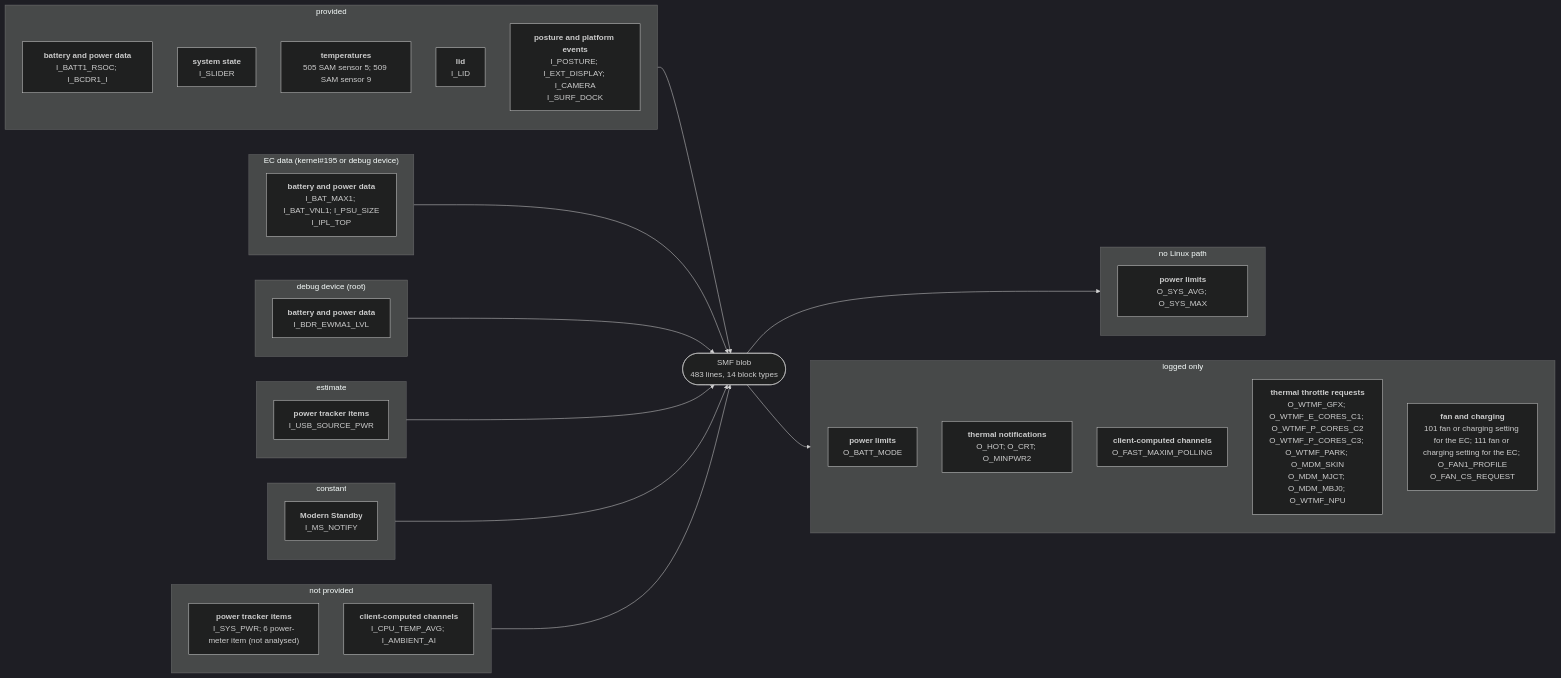
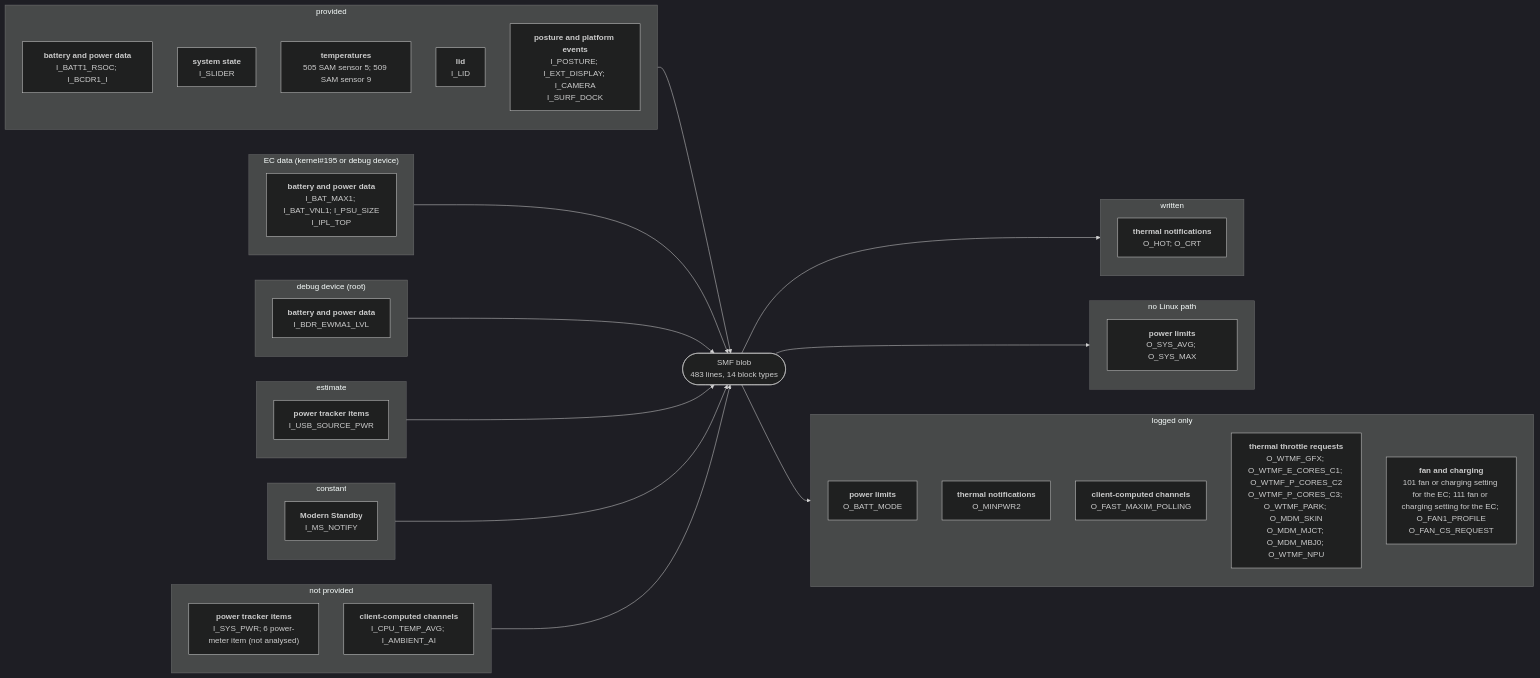
The diagram in docs/devices/surface-pro-11-snapdragon.md (larsschellhas/linux-surface-power), drawn with Mermaid (dark theme) before and after one commit. The commit also changed other lines of this file and 53 other files, not shown here.

First line of the commit message:
Write PL3, PL4 and the thermal-policy requests; control only with every output written

````diff
--- a/docs/devices/surface-pro-11-snapdragon.md
+++ b/docs/devices/surface-pro-11-snapdragon.md
@@ -22,45 +22,49 @@
 ```mermaid
 flowchart LR
     subgraph IN0["provided"]
         I0_28B7BD85["<b>battery and power data</b><br/>I_BATT1_RSOC; I_BCDR1_I"]
         I0_2DD6960F["<b>system state</b><br/>I_SLIDER"]
         I0_2E8B14C2["<b>temperatures</b><br/>505 SAM sensor 5; 509 SAM sensor 9"]
         I0_5D0EE597["<b>lid</b><br/>I_LID"]
         I0_8060B17F["<b>posture and platform events</b><br/>I_POSTURE; I_EXT_DISPLAY; I_CAMERA<br/>I_SURF_DOCK"]
     end
     IN0 --> B
     subgraph IN1["EC data (kernel#195 or debug device)"]
         I1_28B7BD85["<b>battery and power data</b><br/>I_BAT_MAX1; I_BAT_VNL1; I_PSU_SIZE<br/>I_IPL_TOP"]
     end
     IN1 --> B
     subgraph IN2["debug device (root)"]
         I2_28B7BD85["<b>battery and power data</b><br/>I_BDR_EWMA1_LVL"]
     end
     IN2 --> B
     subgraph IN3["estimate"]
         I3_049E36F2["<b>power tracker items</b><br/>I_USB_SOURCE_PWR"]
     end
     IN3 --> B
     subgraph IN4["constant"]
         I4_DEF1AB69["<b>Modern Standby</b><br/>I_MS_NOTIFY"]
     end
     IN4 --> B
     subgraph IN5["not provided"]
         I5_049E36F2["<b>power tracker items</b><br/>I_SYS_PWR; 6 power-meter item (not analysed)"]
         I5_87008365["<b>client-computed channels</b><br/>I_CPU_TEMP_AVG; I_AMBIENT_AI"]
     end
     IN5 --> B
     B(["SMF blob<br/>483 lines, 14 block types"])
-    subgraph OUT0["no Linux path"]
-        O0_0B7B5350["<b>power limits</b><br/>O_SYS_AVG; O_SYS_MAX"]
+    subgraph OUT0["written"]
+        O0_110DF2A4["<b>thermal notifications</b><br/>O_HOT; O_CRT"]
     end
     B --> OUT0
-    subgraph OUT1["logged only"]
-        O1_0B7B5350["<b>power limits</b><br/>O_BATT_MODE"]
-        O1_110DF2A4["<b>thermal notifications</b><br/>O_HOT; O_CRT; O_MINPWR2"]
-        O1_87008365["<b>client-computed channels</b><br/>O_FAST_MAXIM_POLLING"]
-        O1_9BBB8910["<b>thermal throttle requests</b><br/>O_WTMF_GFX; O_WTMF_E_CORES_C1; O_WTMF_P_CORES_C2<br/>O_WTMF_P_CORES_C3; O_WTMF_PARK; O_MDM_SKIN<br/>O_MDM_MJCT; O_MDM_MBJ0; O_WTMF_NPU"]
-        O1_B620798F["<b>fan and charging</b><br/>101 fan or charging setting for the EC; 111 fan or charging setting for the EC; O_FAN1_PROFILE<br/>O_FAN_CS_REQUEST"]
+    subgraph OUT1["no Linux path"]
+        O1_0B7B5350["<b>power limits</b><br/>O_SYS_AVG; O_SYS_MAX"]
     end
     B --> OUT1
+    subgraph OUT2["logged only"]
+        O2_0B7B5350["<b>power limits</b><br/>O_BATT_MODE"]
+        O2_110DF2A4["<b>thermal notifications</b><br/>O_MINPWR2"]
+        O2_87008365["<b>client-computed channels</b><br/>O_FAST_MAXIM_POLLING"]
+        O2_9BBB8910["<b>thermal throttle requests</b><br/>O_WTMF_GFX; O_WTMF_E_CORES_C1; O_WTMF_P_CORES_C2<br/>O_WTMF_P_CORES_C3; O_WTMF_PARK; O_MDM_SKIN<br/>O_MDM_MJCT; O_MDM_MBJ0; O_WTMF_NPU"]
+        O2_B620798F["<b>fan and charging</b><br/>101 fan or charging setting for the EC; 111 fan or charging setting for the EC; O_FAN1_PROFILE<br/>O_FAN_CS_REQUEST"]
+    end
+    B --> OUT2
 ```
````
